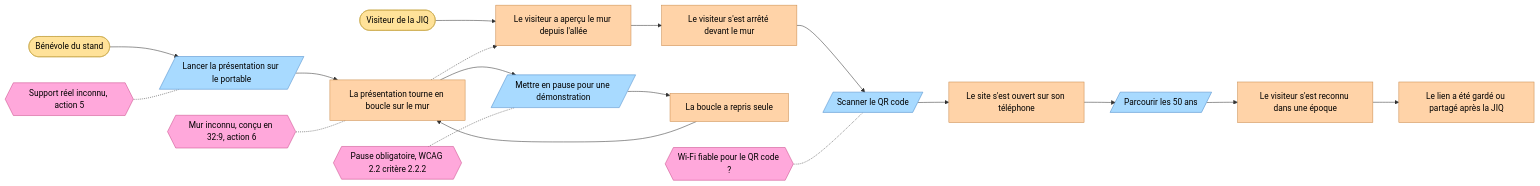
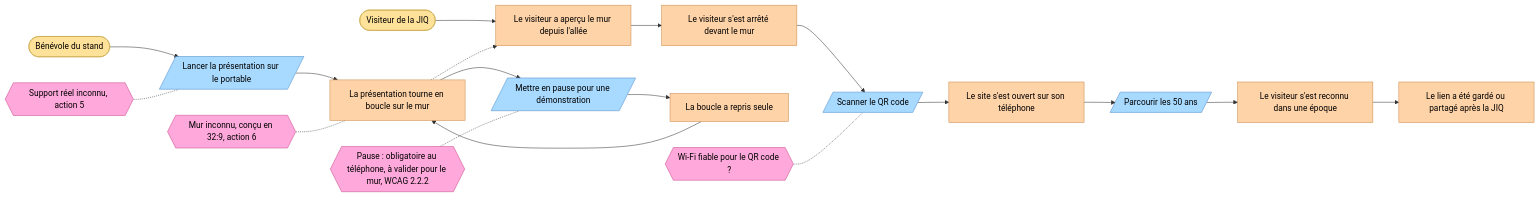
One commit to mouedhen/exper-002-rsx-act-ti-anniv changed the diagram in modele/domaine/parcours-jiq.mmd. Above: the diagram before and after it, drawn with Mermaid.

Commit message:
Parcours JIQ : pause à valider pour le mur seul (WCAG 2.2.2)
Claude-Session: https://claude.ai/code/session_01Efh2NU8JmoxEaUj7JHHzLS

```diff
--- a/modele/domaine/parcours-jiq.mmd
+++ b/modele/domaine/parcours-jiq.mmd
@@ -1,27 +1,27 @@
 %% Event Storming Big Picture, section 3 : parcours au stand le 2026-11-18
 %% Orange : événement ; bleu : commande ; jaune : acteur ; rose : point chaud
 flowchart LR
     classDef ev fill:#FFD3A8,stroke:#C98A4B,color:#000
     classDef cmd fill:#A8DAFF,stroke:#4B8AC9,color:#000
     classDef act fill:#FFE299,stroke:#C9A84B,color:#000
     classDef hot fill:#FFA8DB,stroke:#C94B8A,color:#000
 
     V([Visiteur de la JIQ]):::act --> E1[Le visiteur a aperçu le mur depuis l'allée]:::ev
     E1 --> E2[Le visiteur s'est arrêté devant le mur]:::ev
     E2 --> C1[/Scanner le QR code/]:::cmd
     C1 --> E3[Le site s'est ouvert sur son téléphone]:::ev
     E3 --> C2[/Parcourir les 50 ans/]:::cmd
     C2 --> E4[Le visiteur s'est reconnu dans une époque]:::ev
     E4 --> E5[Le lien a été gardé ou partagé après la JIQ]:::ev
 
     B([Bénévole du stand]):::act --> C3[/Lancer la présentation sur le portable/]:::cmd
     C3 --> E6[La présentation tourne en boucle sur le mur]:::ev
     E6 --> C4[/Mettre en pause pour une démonstration/]:::cmd
     C4 --> E7[La boucle a repris seule]:::ev
     E7 --> E6
     E6 -.-> E1
 
     H1{{Support réel inconnu, action 5}}:::hot -.- C3
     H2{{Mur inconnu, conçu en 32:9, action 6}}:::hot -.- E6
     H3{{Wi-Fi fiable pour le QR code ?}}:::hot -.- C1
-    H4{{Pause obligatoire, WCAG 2.2 critère 2.2.2}}:::hot -.- C4
+    H4{{Pause : obligatoire au téléphone, à valider pour le mur, WCAG 2.2.2}}:::hot -.- C4
```
